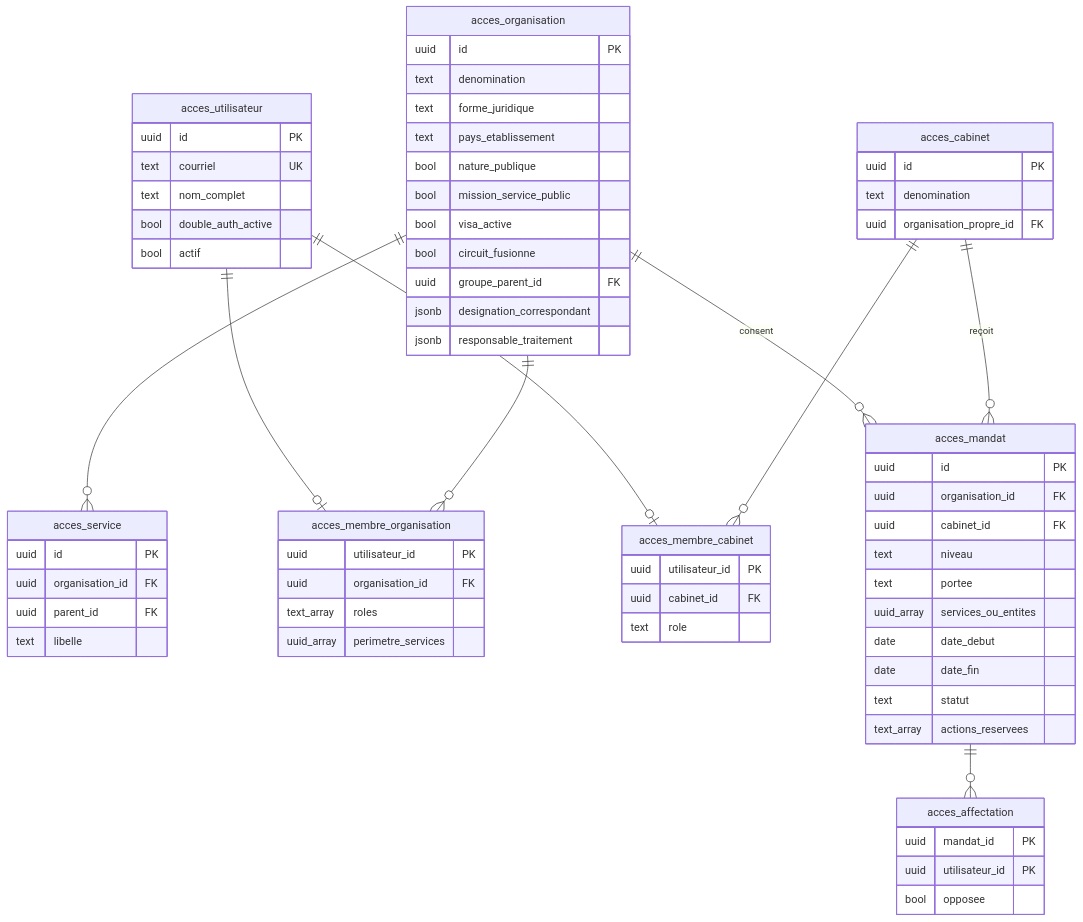
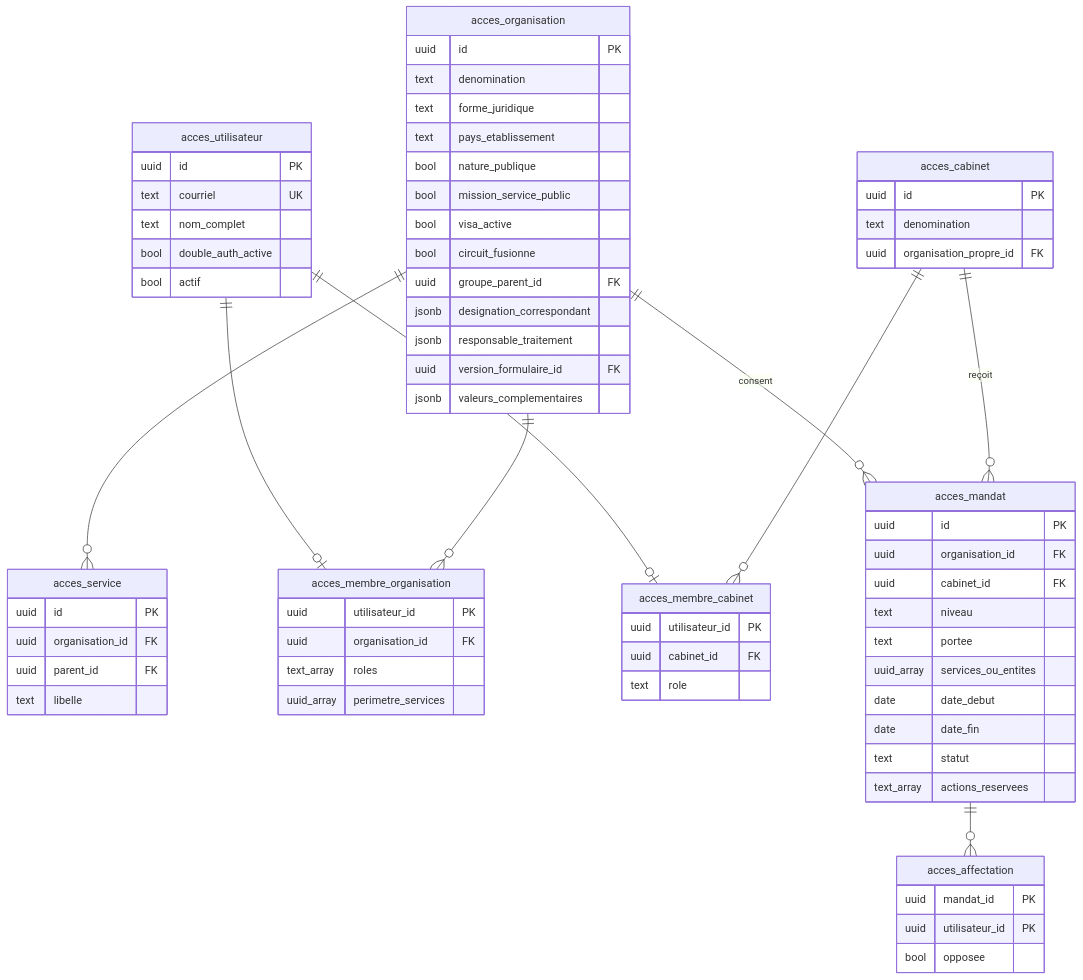
Before and after one commit to DEEVEN-k/ware: the first of 4 diagrams in _modélisation/07-modele-physique-donnees.md, drawn with Mermaid. The commit also changed other lines of this file and 12 other files, not shown here.

````diff
--- a/_modélisation/07-modele-physique-donnees.md
+++ b/_modélisation/07-modele-physique-donnees.md
@@ -16,71 +16,73 @@
 ```mermaid
 erDiagram
     acces_utilisateur {
         uuid id PK
         text courriel UK
         text nom_complet
         bool double_auth_active
         bool actif
     }
     acces_organisation {
         uuid id PK
         text denomination
         text forme_juridique
         text pays_etablissement
         bool nature_publique
         bool mission_service_public
         bool visa_active
         bool circuit_fusionne
         uuid groupe_parent_id FK
         jsonb designation_correspondant
         jsonb responsable_traitement
+        uuid version_formulaire_id FK
+        jsonb valeurs_complementaires
     }
     acces_service {
         uuid id PK
         uuid organisation_id FK
         uuid parent_id FK
         text libelle
     }
     acces_membre_organisation {
         uuid utilisateur_id PK
         uuid organisation_id FK
         text_array roles
         uuid_array perimetre_services
     }
     acces_cabinet {
         uuid id PK
         text denomination
         uuid organisation_propre_id FK
     }
     acces_membre_cabinet {
         uuid utilisateur_id PK
         uuid cabinet_id FK
         text role
     }
     acces_mandat {
         uuid id PK
         uuid organisation_id FK
         uuid cabinet_id FK
         text niveau
         text portee
         uuid_array services_ou_entites
         date date_debut
         date date_fin
         text statut
         text_array actions_reservees
     }
     acces_affectation {
         uuid mandat_id PK
         uuid utilisateur_id PK
         bool opposee
     }
 
     acces_utilisateur ||--o| acces_membre_organisation : ""
     acces_utilisateur ||--o| acces_membre_cabinet : ""
     acces_organisation ||--o{ acces_membre_organisation : ""
     acces_organisation ||--o{ acces_service : ""
     acces_organisation ||--o{ acces_mandat : "consent"
     acces_cabinet ||--o{ acces_mandat : "reçoit"
     acces_cabinet ||--o{ acces_membre_cabinet : ""
     acces_mandat ||--o{ acces_affectation : ""
 ```
````
